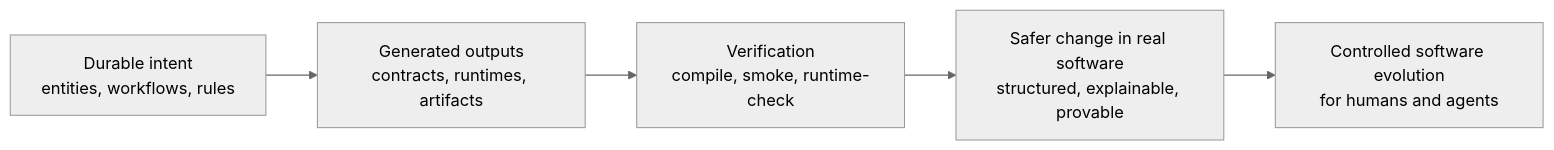
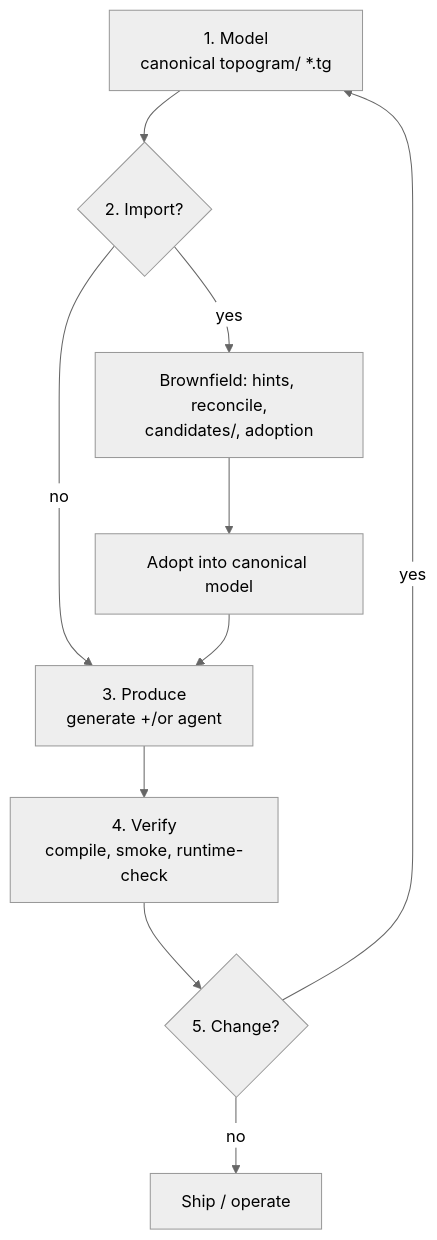
Before and after one commit to attebury/topogram: the diagram in README.md, drawn with Mermaid (neutral theme). The commit also changed other lines of this file and 73 other files, not shown here.

````diff
--- a/README.md
+++ b/README.md
@@ -9,7 +15,12 @@
 ```mermaid
-flowchart LR
-  A["Durable intent<br/>entities, workflows, rules"] --> B["Generated outputs<br/>contracts, runtimes, artifacts"]
-  B --> C["Verification<br/>compile, smoke, runtime-check"]
-  C --> D["Safer change in real software<br/>structured, explainable, provable"]
-  D --> E["Controlled software evolution<br/>for humans and agents"]
+flowchart TD
+  M["1. Model<br/>canonical topogram/ *.tg"] --> I{"2. Import?"}
+  I -->|yes| BR["Brownfield: hints, reconcile,<br/>candidates/, adoption"]
+  I -->|no| P["3. Produce"]
+  BR --> AD["Adopt into canonical model"]
+  AD --> P
+  P["3. Produce<br/>generate +/or agent"] --> V["4. Verify<br/>compile, smoke, runtime-check"]
+  V --> EV{"5. Change?"}
+  EV -->|yes| M
+  EV -->|no| DONE["Ship / operate"]
 ```
````
